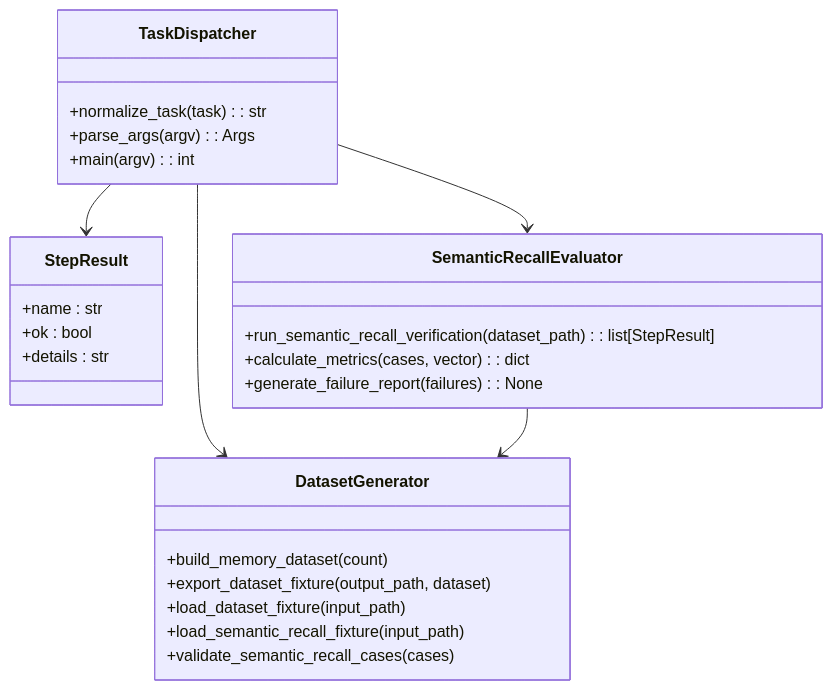
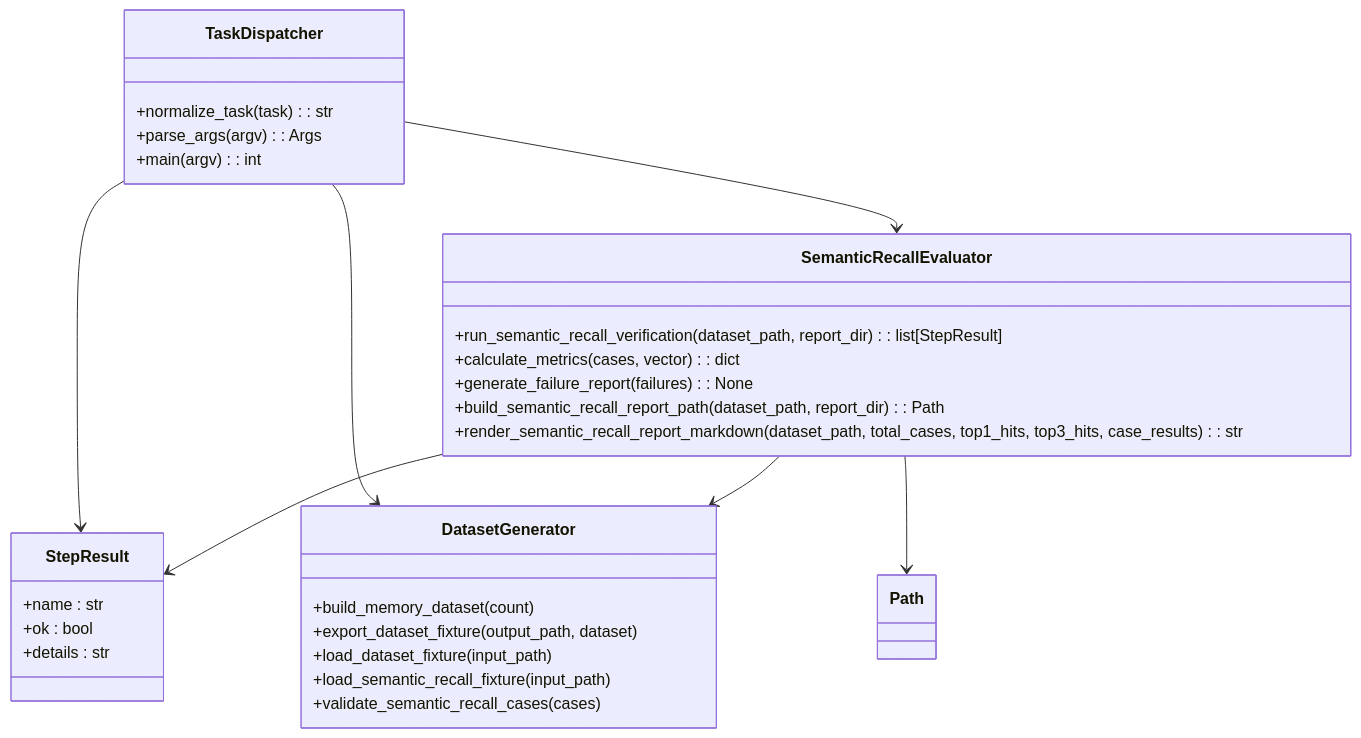
One commit to Moon-Force/DouYin_llm changed the tenth of 10 diagrams in .qoder/repowiki/zh/content/后端服务/内存管理系统/内存管道验证器/内存管道验证器.md. Above: the diagram before and after it, drawn with Mermaid. The commit also changed other lines of this file and 35 other files, not shown here.

````diff
--- a/.qoder/repowiki/zh/content/后端服务/内存管理系统/内存管道验证器/内存管道验证器.md
+++ b/.qoder/repowiki/zh/content/后端服务/内存管理系统/内存管道验证器/内存管道验证器.md
@@ -529,29 +577,33 @@
 ```mermaid
 classDiagram
 class StepResult {
 +name : str
 +ok : bool
 +details : str
 }
 class TaskDispatcher {
 +normalize_task(task) : str
 +parse_args(argv) : Args
 +main(argv) : int
 }
 class SemanticRecallEvaluator {
-+run_semantic_recall_verification(dataset_path) : list[StepResult]
++run_semantic_recall_verification(dataset_path, report_dir) : list[StepResult]
 +calculate_metrics(cases, vector) : dict
 +generate_failure_report(failures) : None
++build_semantic_recall_report_path(dataset_path, report_dir) : Path
++render_semantic_recall_report_markdown(dataset_path, total_cases, top1_hits, top3_hits, case_results) : str
 }
 class DatasetGenerator {
 +build_memory_dataset(count)
 +export_dataset_fixture(output_path, dataset)
 +load_dataset_fixture(input_path)
 +load_semantic_recall_fixture(input_path)
 +validate_semantic_recall_cases(cases)
 }
 TaskDispatcher --> StepResult
 TaskDispatcher --> SemanticRecallEvaluator
 TaskDispatcher --> DatasetGenerator
 SemanticRecallEvaluator --> DatasetGenerator
+SemanticRecallEvaluator --> StepResult
+SemanticRecallEvaluator --> Path
 ```
````
